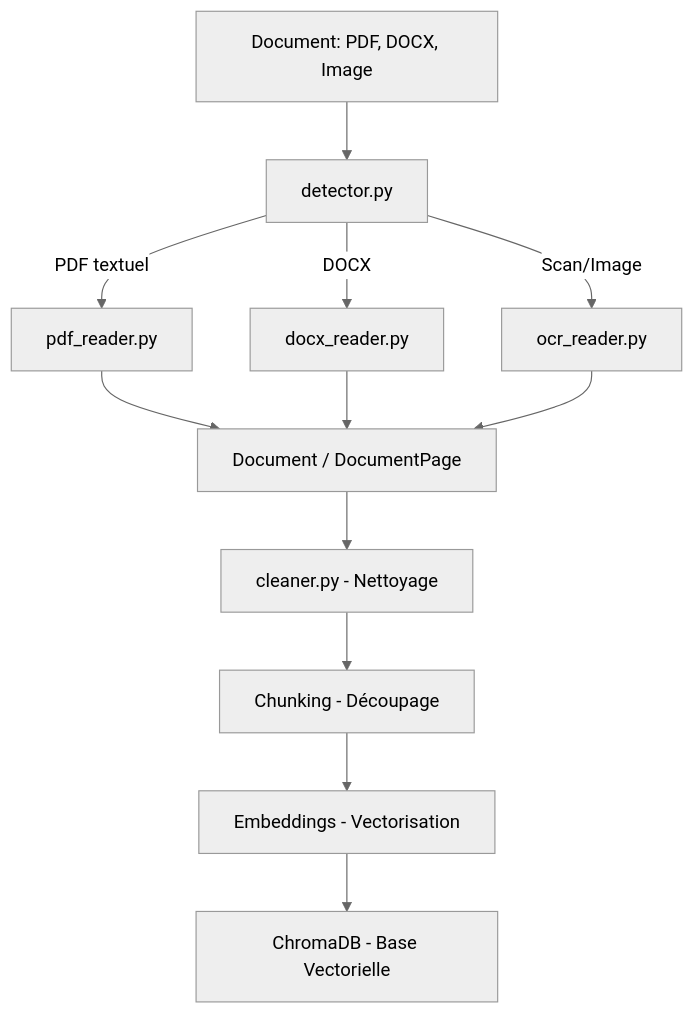
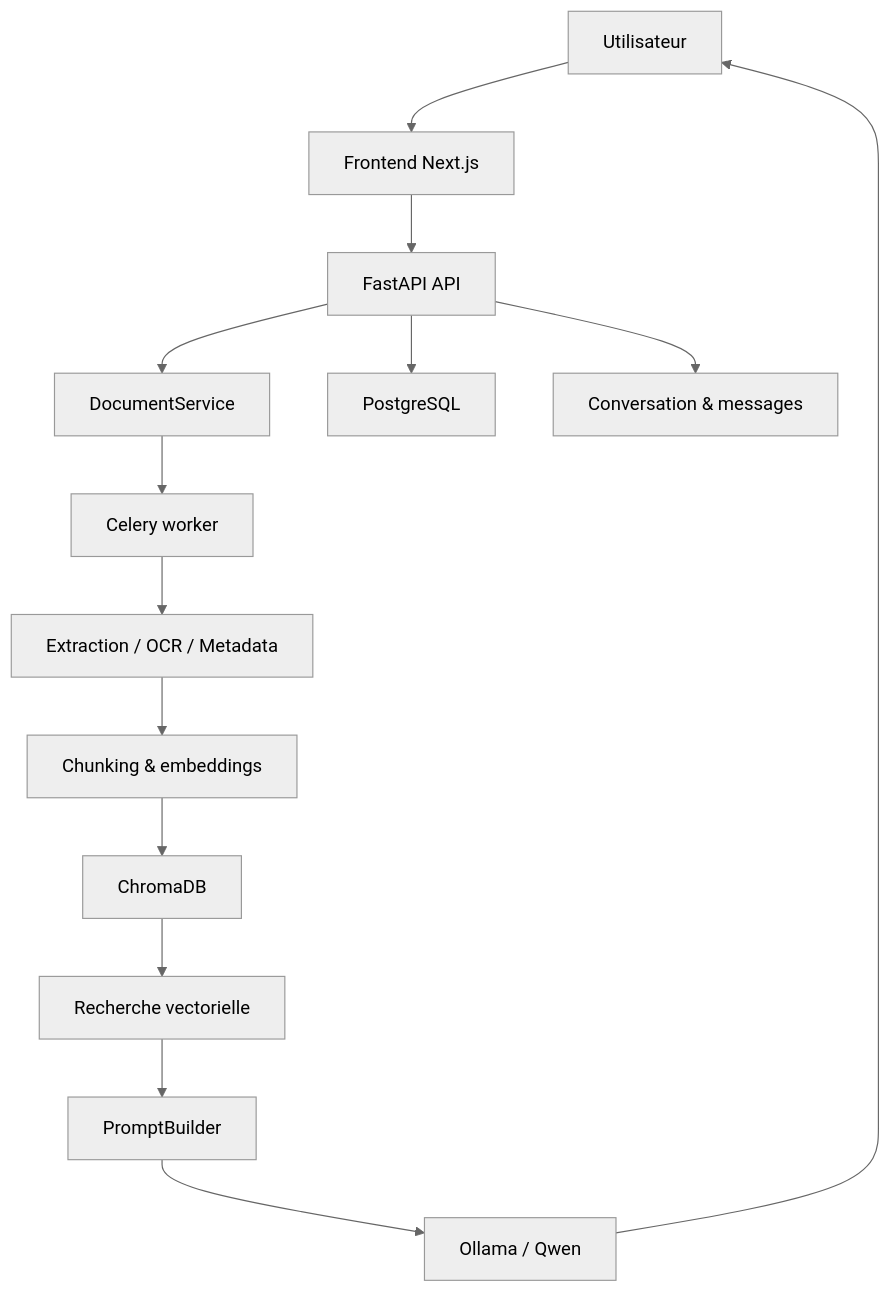
The diagram in Backend/README.md (Meriem-Hamri/Ai_assistant), drawn with Mermaid (neutral theme) before and after one commit. The commit also changed other lines of this file, not shown here.

````diff
--- a/Backend/README.md
+++ b/Backend/README.md
@@ -69,14 +54,16 @@
 ```mermaid
 graph TD
-    A[Document: PDF, DOCX, Image] --> B[detector.py]
-    B -->|PDF textuel| C[pdf_reader.py]
-    B -->|DOCX| D[docx_reader.py]
-    B -->|Scan/Image| E[ocr_reader.py]
-    C --> F[Document / DocumentPage]
-    D --> F
-    E --> F
-    F --> G[cleaner.py - Nettoyage]
-    G --> H[Chunking - Découpage]
-    H --> I[Embeddings - Vectorisation]
-    I --> J[ChromaDB - Base Vectorielle]
+    A[Utilisateur] --> B[Frontend Next.js]
+    B --> C[FastAPI API]
+    C --> D[DocumentService]
+    D --> E[Celery worker]
+    E --> F[Extraction / OCR / Metadata]
+    F --> G[Chunking & embeddings]
+    G --> H[ChromaDB]
+    C --> I[PostgreSQL]
+    C --> J[Conversation & messages]
+    H --> K[Recherche vectorielle]
+    K --> L[PromptBuilder]
+    L --> M[Ollama / Qwen]
+    M --> A
 ```
````
